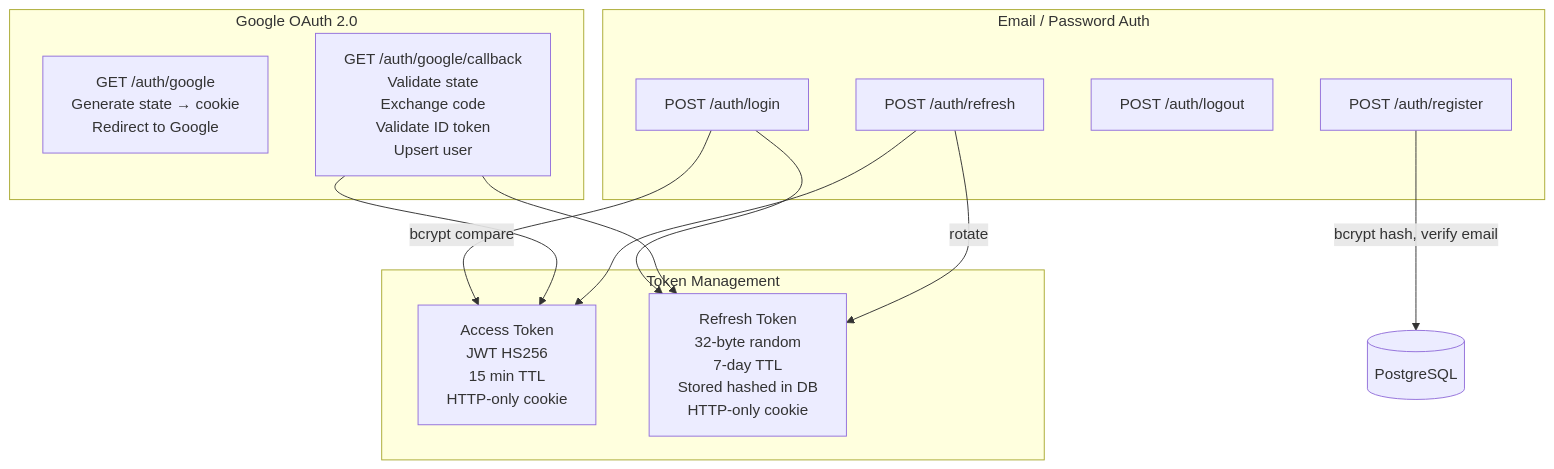
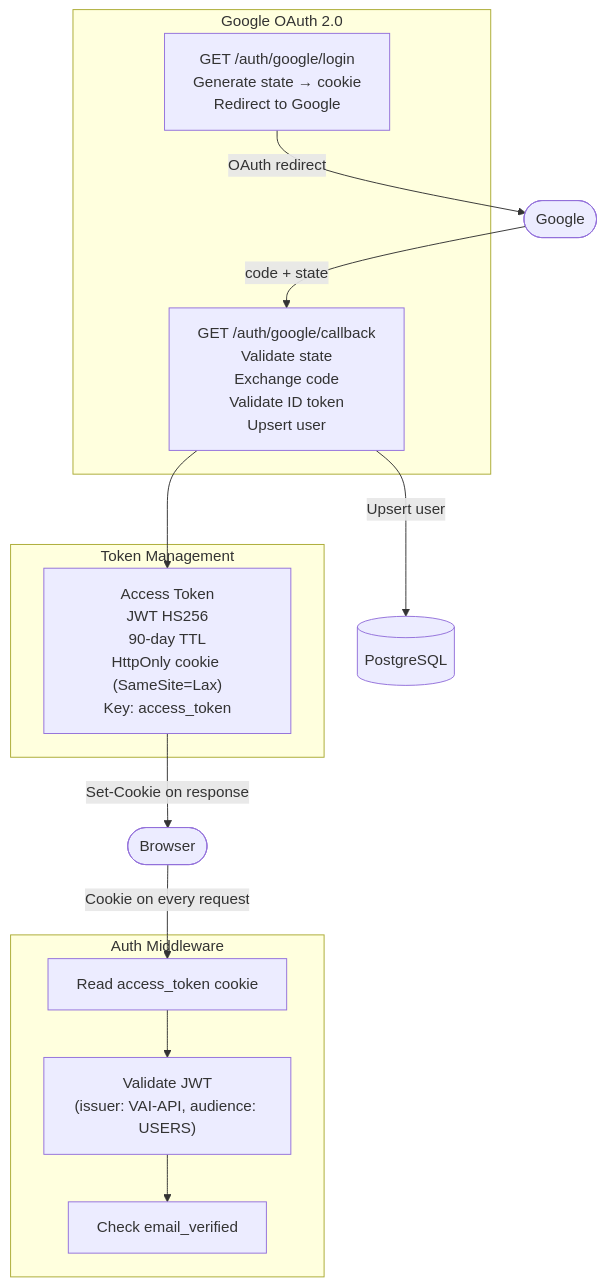
One commit to ABDELRAHMAN-ELRAYES/Vai changed the sixth of 8 diagrams in docs/diagrams/Architecture_Diagram.md. Above: the diagram before and after it, drawn with Mermaid. The commit also changed other lines of this file and 14 other files, not shown here.

````diff
--- a/docs/diagrams/Architecture_Diagram.md
+++ b/docs/diagrams/Architecture_Diagram.md
@@ -188,27 +179,26 @@
 ```mermaid
 flowchart TD
-    subgraph EmailAuth["Email / Password Auth"]
-        Reg["POST /auth/register"]
-        Login["POST /auth/login"]
-        Logout["POST /auth/logout"]
-        Refresh["POST /auth/refresh"]
-    end
-
     subgraph OAuth["Google OAuth 2.0"]
-        Init["GET /auth/google\nGenerate state → cookie\nRedirect to Google"]
+        Init["GET /auth/google/login\nGenerate state → cookie\nRedirect to Google"]
         CB["GET /auth/google/callback\nValidate state\nExchange code\nValidate ID token\nUpsert user"]
     end
 
     subgraph TokenMgmt["Token Management"]
-        JWT["Access Token\nJWT HS256\n15 min TTL\nHTTP-only cookie"]
-        RT["Refresh Token\n32-byte random\n7-day TTL\nStored hashed in DB\nHTTP-only cookie"]
+        JWT["Access Token\nJWT HS256\n90-day TTL\nHttpOnly cookie (SameSite=Lax)\nKey: access_token"]
     end
 
-    Reg -->|bcrypt hash, verify email| PG[("PostgreSQL")]
-    Login -->|bcrypt compare| JWT
-    Login --> RT
+    subgraph Middleware["Auth Middleware"]
+        CK["Read access_token cookie"]
+        VF["Validate JWT\n(issuer: VAI-API, audience: USERS)"]
+        EV["Check email_verified"]
+    end
+
+    Init -->|"OAuth redirect"| Google([Google])
+    Google -->|"code + state"| CB
+    CB -->|"Upsert user"| PG[("PostgreSQL")]
     CB --> JWT
-    CB --> RT
-    Refresh -->|rotate| RT
-    Refresh --> JWT
+
+    JWT -->|"Set-Cookie on response"| Browser(["Browser"])
+    Browser -->|"Cookie on every request"| CK
+    CK --> VF --> EV
 ```
````
